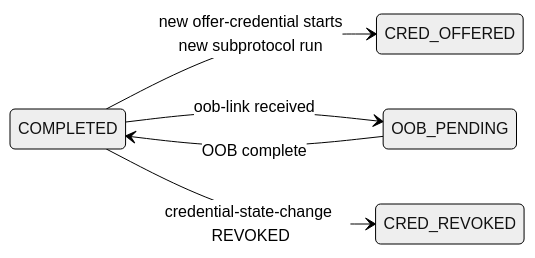
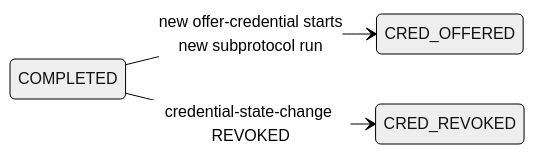
Before and after one commit to verana-labs/verana-spec: the fourth of 4 diagrams in v4/vt-flow-protocol/spec.md, drawn with Mermaid (neutral theme). The commit also changed other lines of this file and 2 other files, not shown here.

Commit message:
feat(vs-agent, vt-flow): validator-side gates of the onboarding flow (#98)

````diff
--- a/v4/vt-flow-protocol/spec.md
+++ b/v4/vt-flow-protocol/spec.md
@@ -537,8 +569,6 @@
 ```mermaid
 stateDiagram-v2
     direction LR
     COMPLETED --> CRED_OFFERED: new offer-credential starts<br/>new subprotocol run
-    COMPLETED --> OOB_PENDING: oob-link received
-    OOB_PENDING --> COMPLETED: OOB complete
     COMPLETED --> CRED_REVOKED: credential-state-change REVOKED
 ```
````
